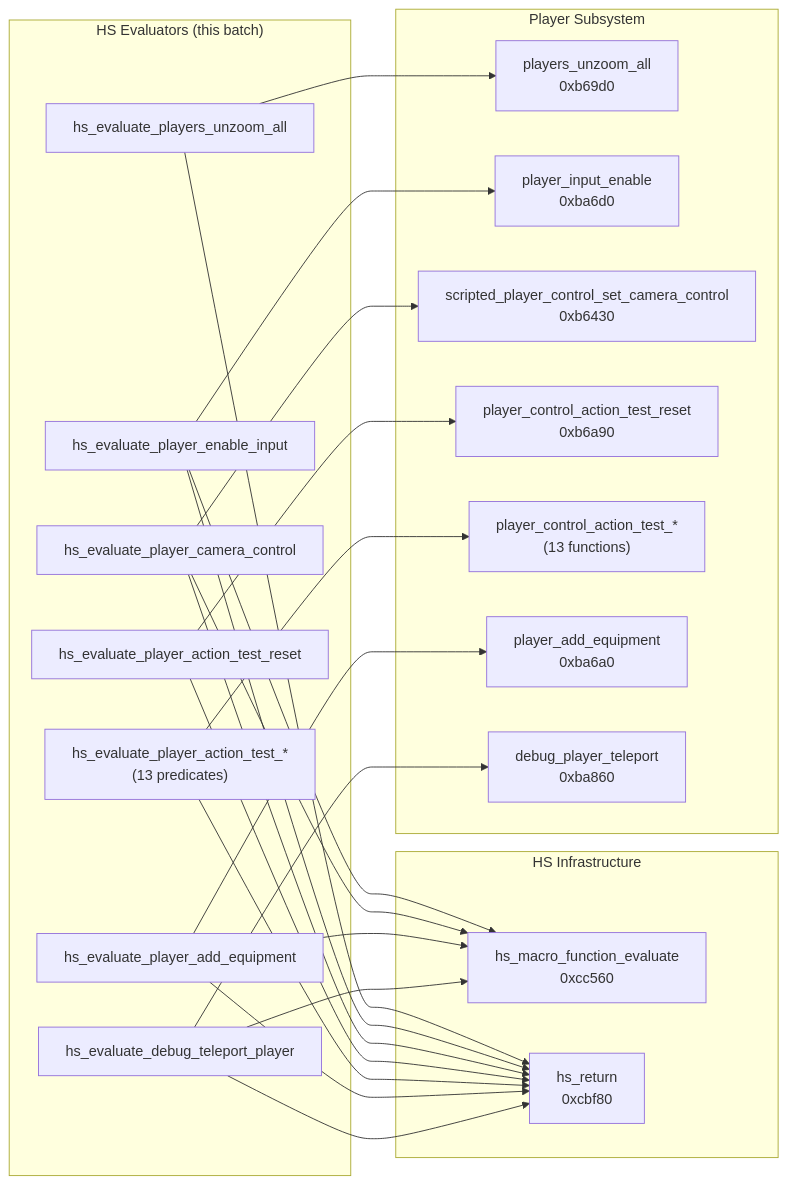
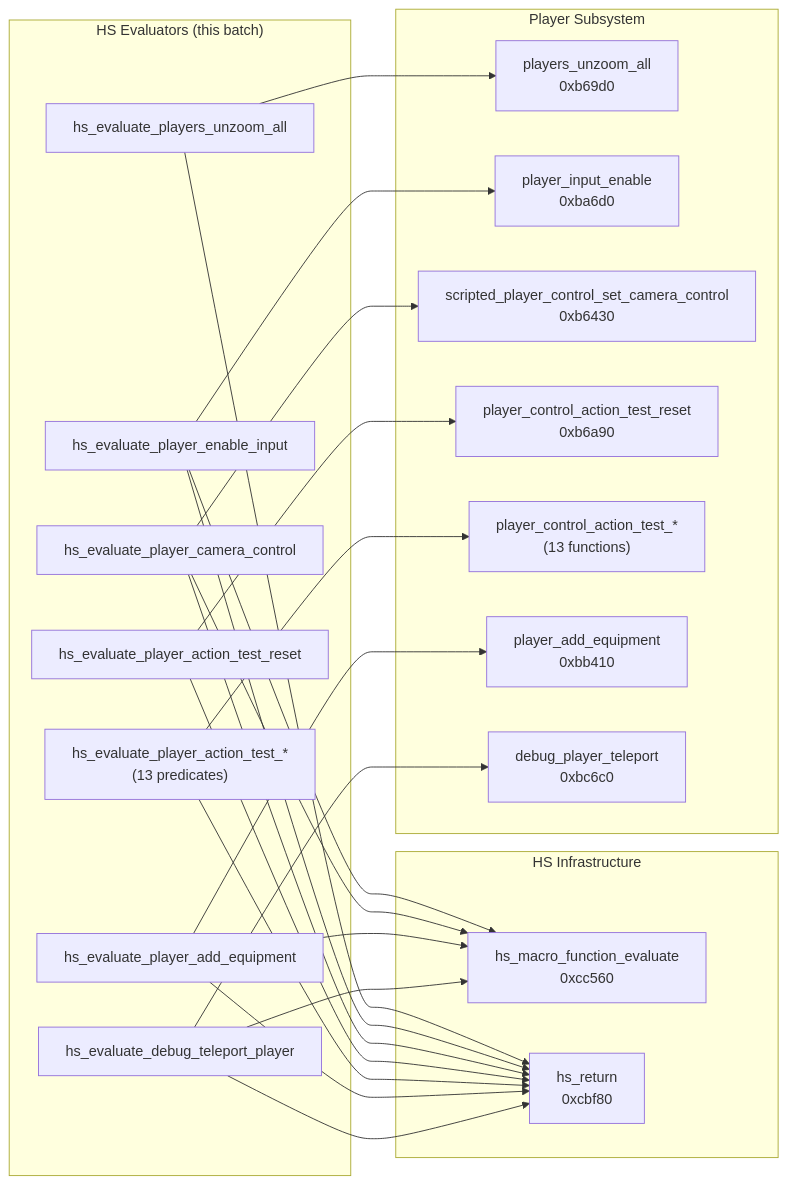
One commit to USAvery/halo changed the third of 3 diagrams in docs/hs-player-input-recovery.md. Above: the diagram before and after it, drawn with Mermaid. The commit also changed other lines of this file, not shown here.

First line of the commit message:
docs: correct fabricated help strings, callee addresses, and remove fabricated Kuna evidence in player-input recovery report

````diff
--- a/docs/hs-player-input-recovery.md
+++ b/docs/hs-player-input-recovery.md
@@ -188,46 +188,46 @@
 ```mermaid
 flowchart LR
     subgraph "HS Evaluators (this batch)"
         E337[hs_evaluate_players_unzoom_all]
         E338[hs_evaluate_player_enable_input]
         E339[hs_evaluate_player_camera_control]
         E340[hs_evaluate_player_action_test_reset]
         E341_353["hs_evaluate_player_action_test_*<br/>(13 predicates)"]
         E354[hs_evaluate_player_add_equipment]
         E355[hs_evaluate_debug_teleport_player]
     end
 
     subgraph "HS Infrastructure"
         EVAL[hs_macro_function_evaluate<br/>0xcc560]
         RET[hs_return<br/>0xcbf80]
     end
 
     subgraph "Player Subsystem"
         UNZOOM[players_unzoom_all<br/>0xb69d0]
         INPUT[player_input_enable<br/>0xba6d0]
         CAMERA[scripted_player_control_set_camera_control<br/>0xb6430]
         RESET[player_control_action_test_reset<br/>0xb6a90]
         PREDICATES["player_control_action_test_*<br/>(13 functions)"]
-        EQUIP[player_add_equipment<br/>0xba6a0]
-        TELEPORT[debug_player_teleport<br/>0xba860]
+        EQUIP[player_add_equipment<br/>0xbb410]
+        TELEPORT[debug_player_teleport<br/>0xbc6c0]
     end
 
     E337 --> UNZOOM
     E337 --> RET
     E338 --> EVAL
     E338 --> INPUT
     E338 --> RET
     E339 --> EVAL
     E339 --> CAMERA
     E339 --> RET
     E340 --> RESET
     E340 --> RET
     E341_353 --> PREDICATES
     E341_353 --> RET
     E354 --> EVAL
     E354 --> EQUIP
     E354 --> RET
     E355 --> EVAL
     E355 --> TELEPORT
     E355 --> RET
 ```
````
